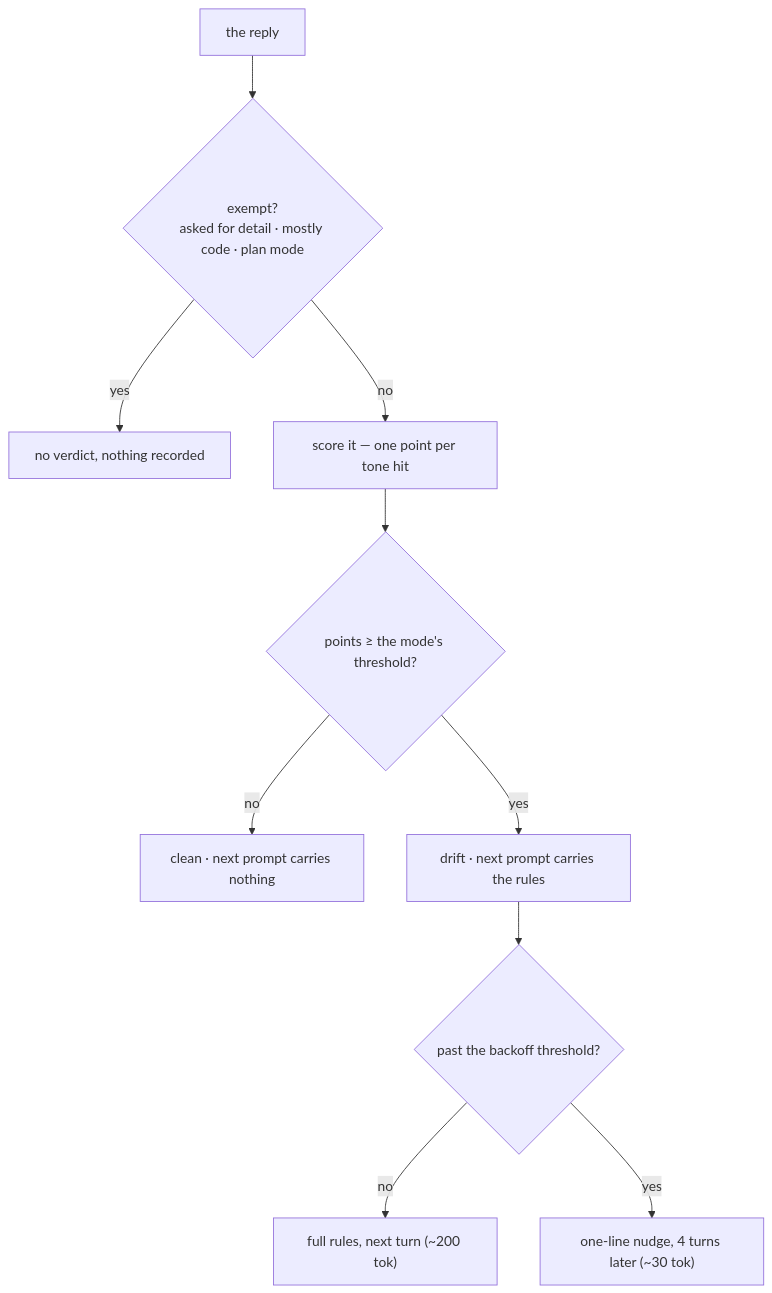
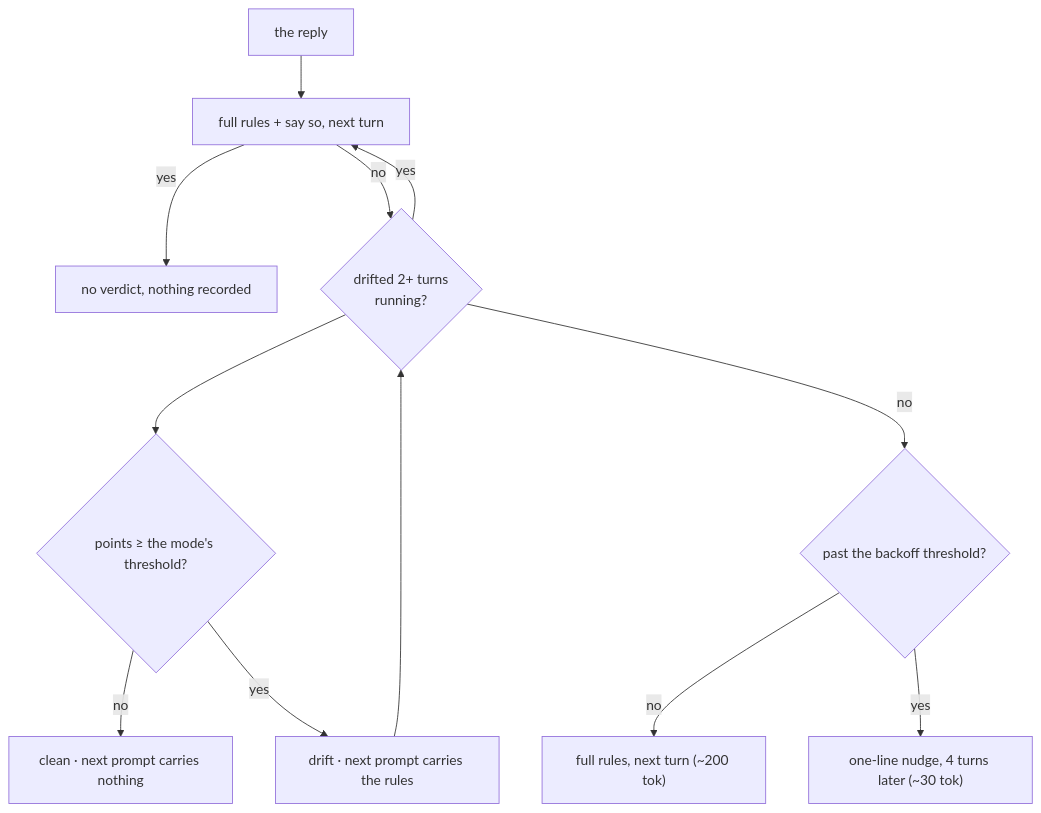
Before and after one commit to rnzsanchez/plain-speak: the diagram in docs/checker.md, drawn with Mermaid. The commit also changed other lines of this file, not shown here.

````diff
--- a/docs/checker.md
+++ b/docs/checker.md
@@ -9,12 +9,14 @@
 ```mermaid
 flowchart TD
     R["the reply"] --> E{"exempt?<br/>asked for detail · mostly code · plan mode"}
     E -->|"yes"| Q["no verdict, nothing recorded"]
     E -->|"no"| S["score it — one point per tone hit"]
     S --> T{"points ≥ the mode's threshold?"}
     T -->|"no"| C["clean · next prompt carries nothing"]
     T -->|"yes"| D["drift · next prompt carries the rules"]
-    D --> B{"past the backoff threshold?"}
+    D --> S{"drifted 2+ turns<br/>running?"}
+    S -->|"yes"| E["full rules + say so, next turn"]
+    S -->|"no"| B{"past the backoff threshold?"}
     B -->|"no"| F["full rules, next turn (~200 tok)"]
     B -->|"yes"| N["one-line nudge, 4 turns later (~30 tok)"]
 ```
````
